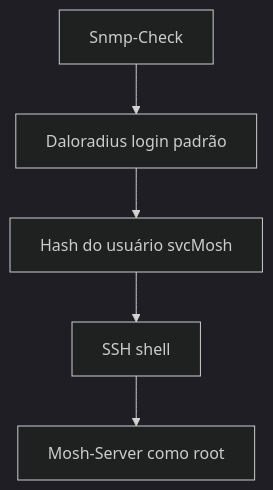
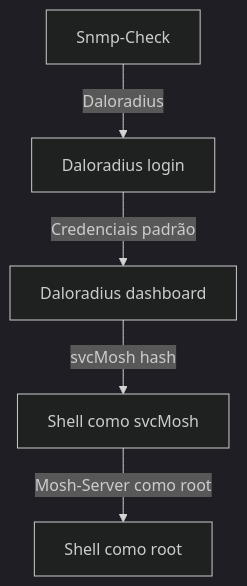
One commit to Pre4ch3r/Hacking changed the diagram in content/Underpass/Underpass HTB Write-up.md. Above: the diagram before and after it, drawn with Mermaid (dark theme). The commit also changed 2 other files, not shown here.

Commit message:
Planning walkthrough em pt_BR pronta. Mudanças no diagrama mermaid do Underpass writeup

````diff
--- a/content/Underpass/Underpass HTB Write-up.md
+++ b/content/Underpass/Underpass HTB Write-up.md
@@ -226,7 +226,7 @@
 ```mermaid
-graph TD
-    A[Snmp-Check] --> B[Daloradius login padrão]
-    B --> C[Hash do usuário svcMosh]
-    C --> D[SSH shell]
-    D --> E[Mosh-Server como root]
+flowchart TD
+    A[Snmp-Check] -->|Daloradius| B[Daloradius login]
+    B -->|Credenciais padrão| C[Daloradius dashboard]
+    C -->|svcMosh hash| D[Shell como svcMosh]
+    D -->|Mosh-Server como root| E[Shell como root]
 ```
````
